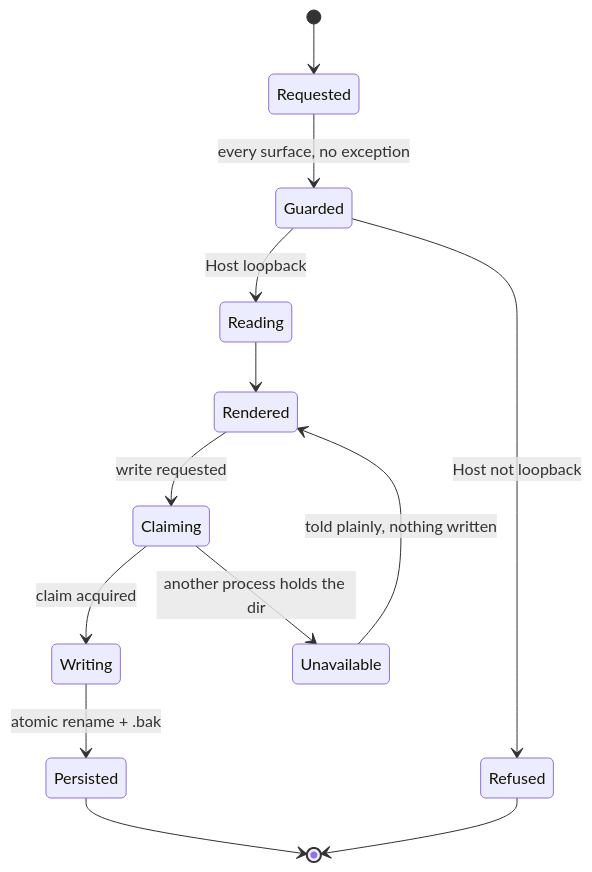
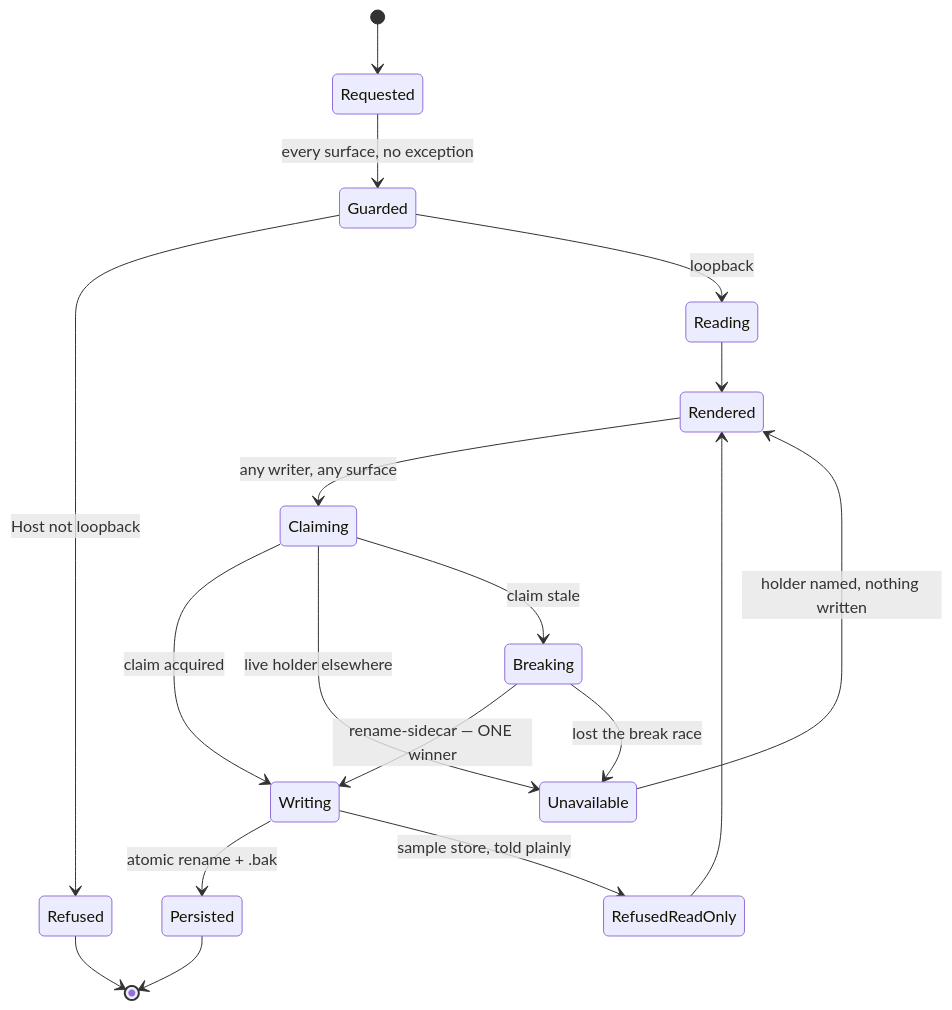
Before and after one commit to benskamps/career-compass-mcp: the diagram in docs/report/figures/cc-fig-06.mmd, drawn with Mermaid. The commit also changed 16 other files, not shown here.

First line of the commit message:
docs: architectural gauntlet v2 — the inheritance-failure audit

```diff
--- a/docs/report/figures/cc-fig-06.mmd
+++ b/docs/report/figures/cc-fig-06.mmd
@@ -1,13 +1,20 @@
 stateDiagram-v2
     [*] --> Requested
     Requested --> Guarded: every surface, no exception
     Guarded --> Refused: Host not loopback
-    Guarded --> Reading: Host loopback
+    Guarded --> Reading: loopback
     Reading --> Rendered
-    Rendered --> Claiming: write requested
+    Rendered --> Claiming: any writer, any surface
     Claiming --> Writing: claim acquired
-    Claiming --> Unavailable: another process holds the dir
+    Claiming --> Unavailable: live holder elsewhere
+    Claiming --> Breaking: claim stale
+    Breaking --> Writing: rename-sidecar — ONE winner
+    Breaking --> Unavailable: lost the break race
     Writing --> Persisted: atomic rename + .bak
-    Unavailable --> Rendered: told plainly, nothing written
+    Writing --> RefusedReadOnly: sample store, told plainly
+    Unavailable --> Rendered: holder named, nothing written
+    RefusedReadOnly --> Rendered
     Persisted --> [*]
     Refused --> [*]
+    classDef new fill:#243021,stroke:#8aa86b,stroke-width:2px,color:#f0e2d0;
+    class Breaking new;
```
